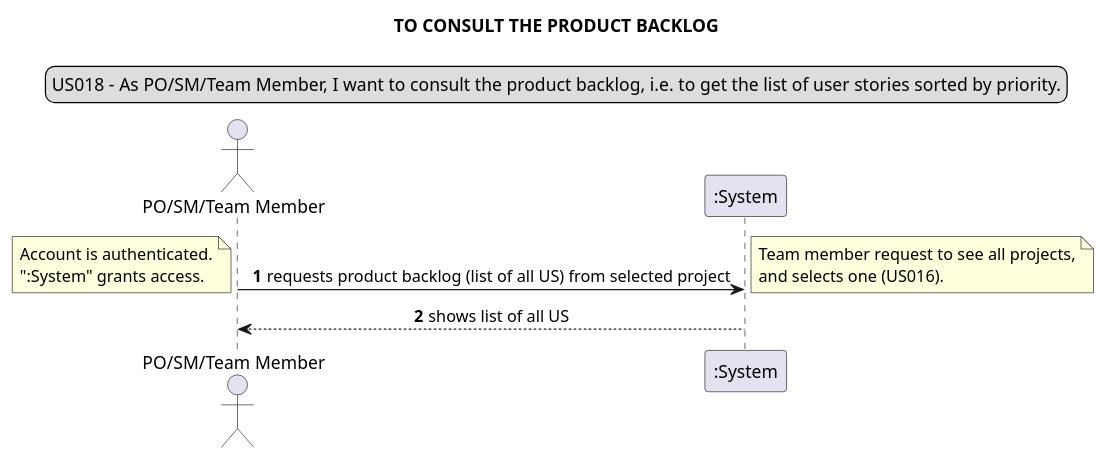
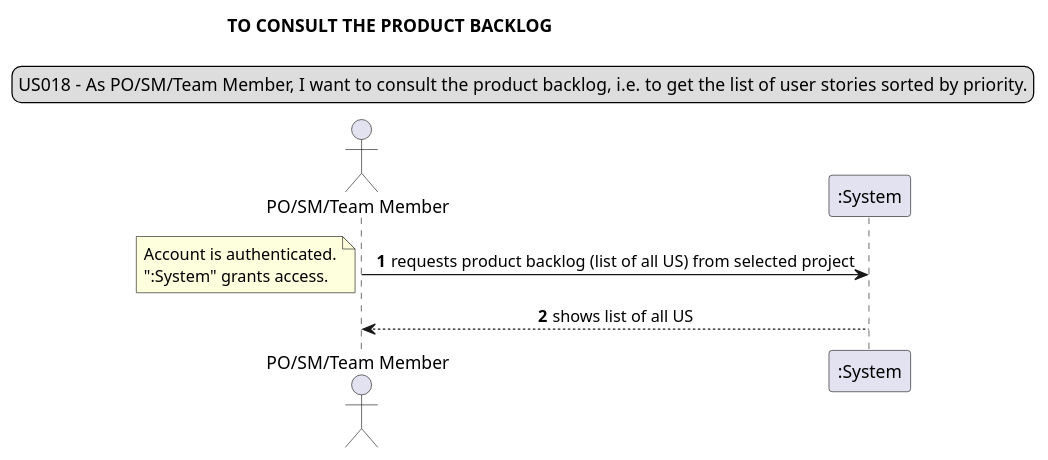
The second of 4 diagrams in docs/requirements_gathering/system_sequence_diagrams/sprint03/systemSequenceDiagramSprint03.puml (Loracline/project_switch_22-23), drawn with PlantUML before and after one commit.

Commit message:
US018: Requirements: Refactoring of System Sequence Diagram, addresses #135

```diff
--- a/docs/requirements_gathering/system_sequence_diagrams/sprint03/systemSequenceDiagramSprint03.puml
+++ b/docs/requirements_gathering/system_sequence_diagrams/sprint03/systemSequenceDiagramSprint03.puml
@@ -24,20 +24,16 @@
 @startuml
 legend top
 US018 - As PO/SM/Team Member, I want to consult the product backlog, i.e. to get the list of user stories sorted by priority.
 end legend
 skinparam sequenceMessageAlign center
 title TO CONSULT THE PRODUCT BACKLOG
 actor "PO/SM/Team Member" as actor
 autonumber
 actor -> ":System": requests product backlog (list of all US) from selected project
 note left
 Account is authenticated.
 ":System" grants access.
 end note
-note right
-Team member request to see all projects,
-and selects one (US016).
-end note
 actor <-- ":System": shows list of all US
 
 @enduml
```
